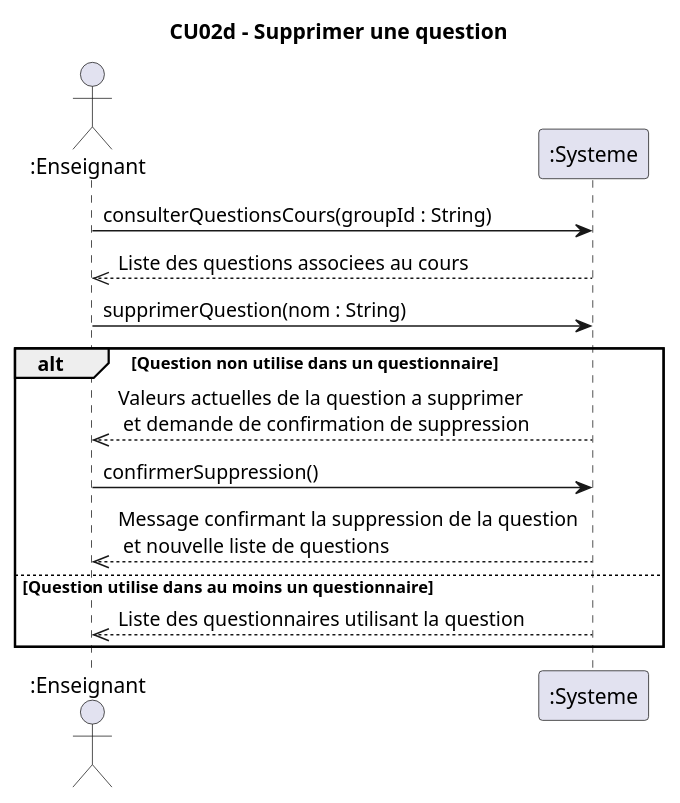
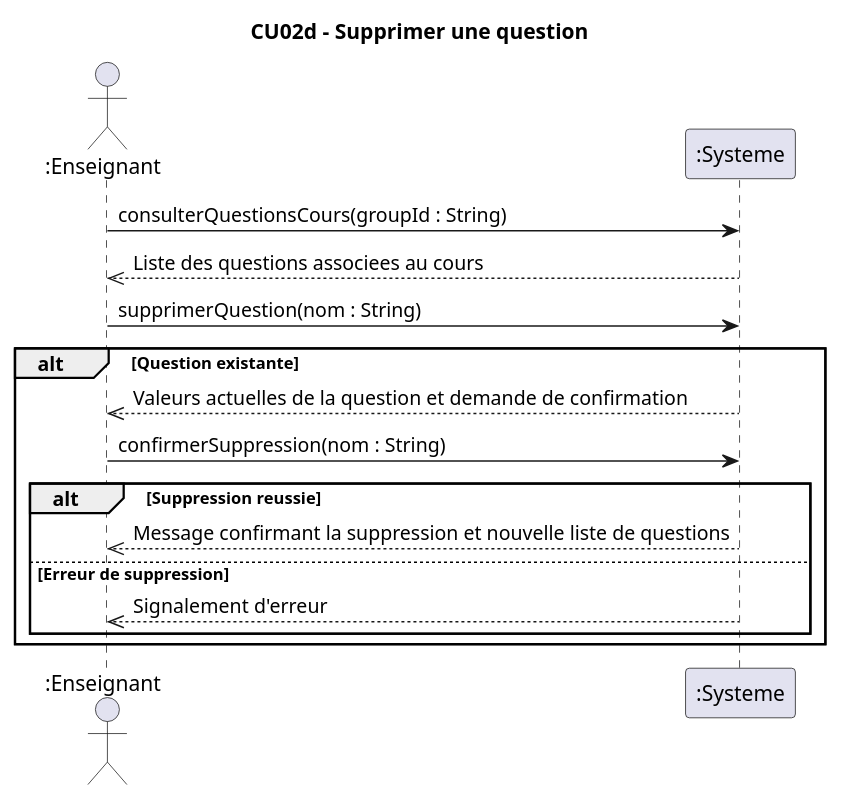
One commit to xMrYahya/moodle-clone changed the diagram in docs/modeles/cu02/dss-supprimer-question.puml. Above: the diagram before and after it, drawn with PlantUML. The commit also changed 4 other files, not shown here.

```diff
--- a/docs/modeles/cu02/dss-supprimer-question.puml
+++ b/docs/modeles/cu02/dss-supprimer-question.puml
@@ -1,15 +1,19 @@
 @startuml
 title CU02d - Supprimer une question
 actor ":Enseignant" as e
 participant ":Systeme" as s
+
 e->s : consulterQuestionsCours(groupId : String)
 s-->>e : Liste des questions associees au cours
+
 e->s : supprimerQuestion(nom : String)
-alt Question non utilise dans un questionnaire
-s-->>e : Valeurs actuelles de la question a supprimer\n et demande de confirmation de suppression
-e->s : confirmerSuppression()
-s-->>e : Message confirmant la suppression de la question \n et nouvelle liste de questions
-else Question utilise dans au moins un questionnaire
-s-->>e : Liste des questionnaires utilisant la question
+alt Question existante
+	s-->>e : Valeurs actuelles de la question et demande de confirmation
+	e->s : confirmerSuppression(nom : String)
+	alt Suppression reussie
+		s-->>e : Message confirmant la suppression et nouvelle liste de questions
+	else Erreur de suppression
+		s-->>e : Signalement d'erreur
+	end alt
 end alt
 @enduml
```
